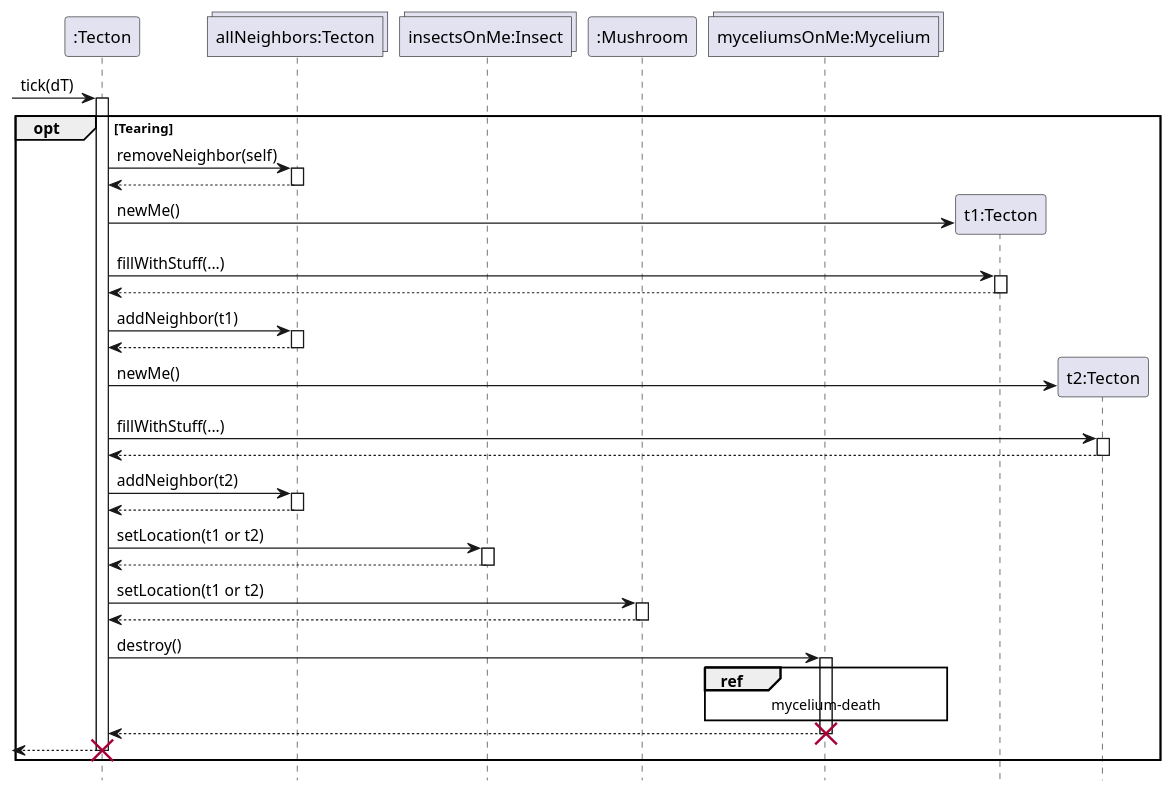
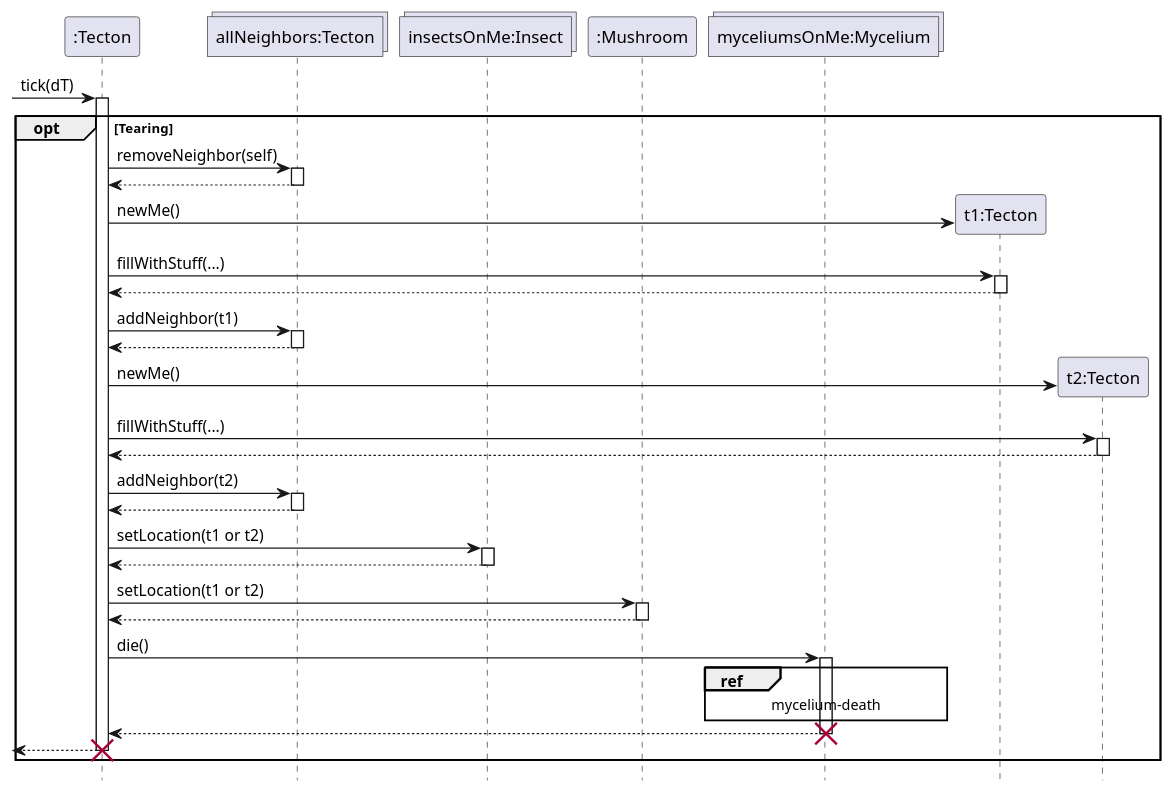
Before and after one commit to ZD4ve/projlab-error521: the diagram in Tecton/tecton-break-seq.pu, drawn with PlantUML. The commit also changed 1 other file, not shown here.

Commit message:
die() and species name change

```diff
--- a/Tecton/tecton-break-seq.pu
+++ b/Tecton/tecton-break-seq.pu
@@ -1,58 +1,58 @@
 @startuml Tecton/tecton-break-seq
 hide footbox
 
 participant ":Tecton" as Dying
 collections "allNeighbors:Tecton" as allNeighbors
 collections "insectsOnMe:Insect" as Insects
 participant ":Mushroom" as Mushroom
 collections "myceliumsOnMe:Mycelium" as target
 
 -> Dying : tick(dT)
 activate Dying
 opt Tearing
 
 Dying -> allNeighbors : removeNeighbor(self)
 activate allNeighbors
 return
 
 create "t1:Tecton" as New1
 Dying -> New1 : newMe()
 Dying -> New1 : fillWithStuff(...)
 activate New1
 return
 Dying -> allNeighbors : addNeighbor(t1)
 activate allNeighbors
 return
 
 create "t2:Tecton" as New2
 Dying -> New2 : newMe()
 Dying -> New2 : fillWithStuff(...)
 activate New2
 return
 Dying -> allNeighbors : addNeighbor(t2)
 activate allNeighbors
 return
 
 Dying -> Insects : setLocation(t1 or t2)
 activate Insects
 return
 
 Dying -> Mushroom : setLocation(t1 or t2)
 activate Mushroom
 return
 
-Dying -> target : destroy()
+Dying -> target : die()
 activate target
 
 ref over target
     mycelium-death
 end ref
 
 return
 destroy target
 
 <-- Dying
 destroy Dying
 end
 
 @enduml
```
